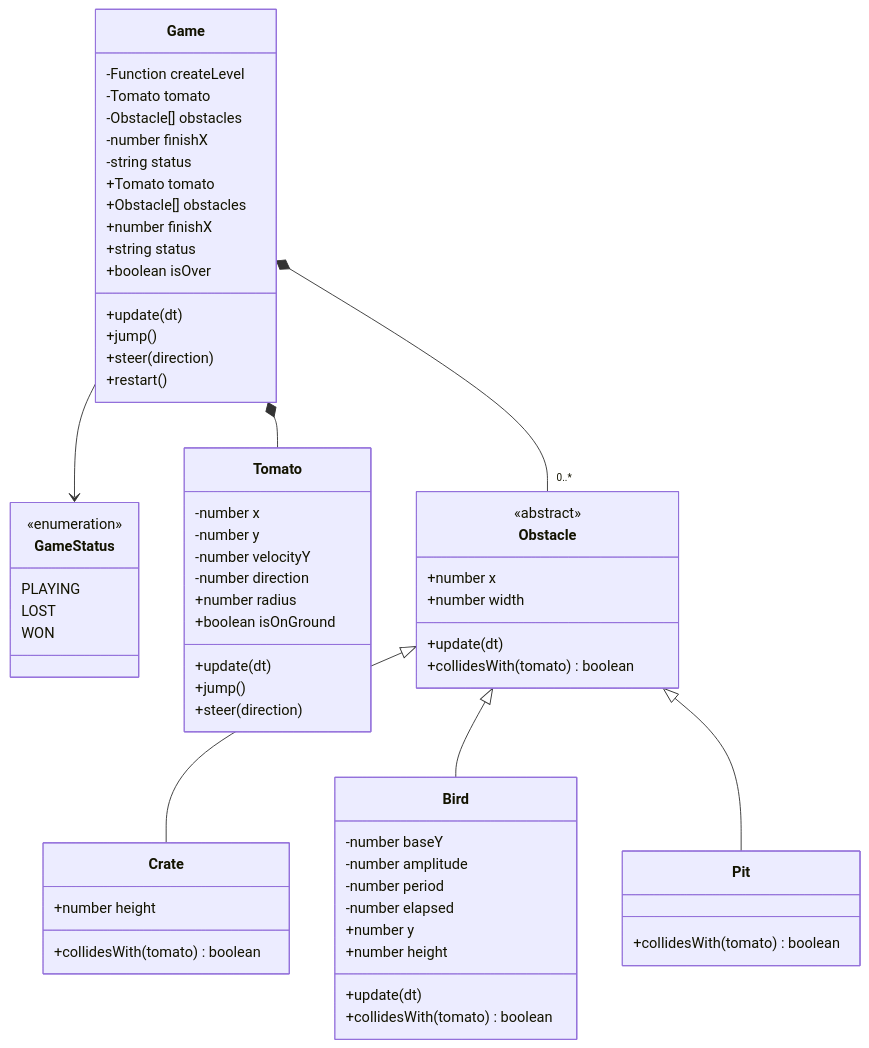
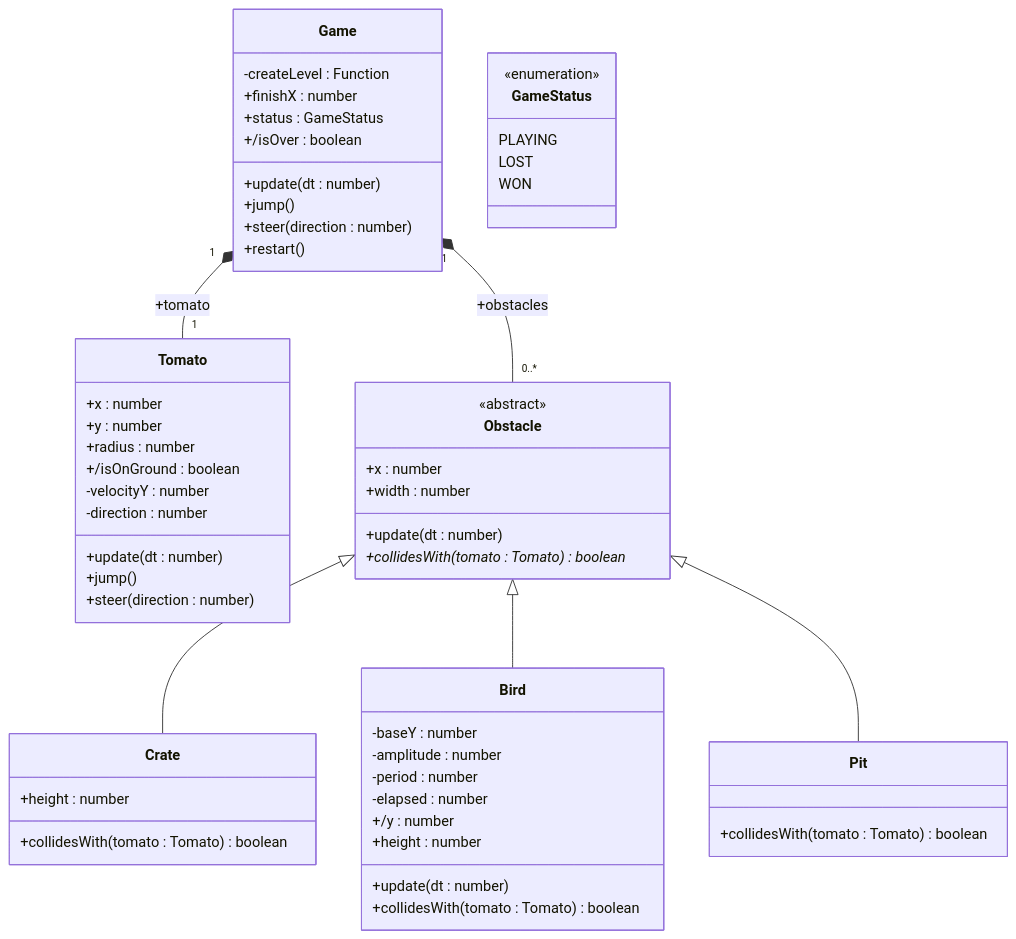
Before and after one commit to 1dv610/ripe-tomato: the second of 9 diagrams in MVC_DESIGN.md, drawn with Mermaid. The commit also changed other lines of this file, not shown here.

First line of the commit message:
Draw the class diagrams in standard UML notation

````diff
--- a/MVC_DESIGN.md
+++ b/MVC_DESIGN.md
@@ -166,75 +174,68 @@
 ```mermaid
 classDiagram
     direction TB
 
     class Game {
-        -Function createLevel
-        -Tomato tomato
-        -Obstacle[] obstacles
-        -number finishX
-        -string status
-        +Tomato tomato
-        +Obstacle[] obstacles
-        +number finishX
-        +string status
-        +boolean isOver
-        +update(dt)
+        -createLevel : Function
+        +finishX : number
+        +status : GameStatus
+        +/isOver : boolean
+        +update(dt : number)
         +jump()
-        +steer(direction)
+        +steer(direction : number)
         +restart()
     }
 
     class GameStatus {
         <<enumeration>>
         PLAYING
         LOST
         WON
     }
 
     class Tomato {
-        -number x
-        -number y
-        -number velocityY
-        -number direction
-        +number radius
-        +boolean isOnGround
-        +update(dt)
+        +x : number
+        +y : number
+        +radius : number
+        +/isOnGround : boolean
+        -velocityY : number
+        -direction : number
+        +update(dt : number)
         +jump()
-        +steer(direction)
+        +steer(direction : number)
     }
 
     class Obstacle {
         <<abstract>>
-        +number x
-        +number width
-        +update(dt)
-        +collidesWith(tomato) boolean
+        +x : number
+        +width : number
+        +update(dt : number)
+        +collidesWith(tomato : Tomato) boolean*
     }
 
     class Crate {
-        +number height
-        +collidesWith(tomato) boolean
+        +height : number
+        +collidesWith(tomato : Tomato) boolean
     }
 
     class Bird {
-        -number baseY
-        -number amplitude
-        -number period
-        -number elapsed
-        +number y
-        +number height
-        +update(dt)
-        +collidesWith(tomato) boolean
+        -baseY : number
+        -amplitude : number
+        -period : number
+        -elapsed : number
+        +/y : number
+        +height : number
+        +update(dt : number)
+        +collidesWith(tomato : Tomato) boolean
     }
 
     class Pit {
-        +collidesWith(tomato) boolean
+        +collidesWith(tomato : Tomato) boolean
     }
 
-    Game --> GameStatus
-    Game *-- Tomato
-    Game *-- "0..*" Obstacle
+    Game "1" *-- "1" Tomato : +tomato
+    Game "1" *-- "0..*" Obstacle : +obstacles
     Obstacle <|-- Crate
     Obstacle <|-- Bird
     Obstacle <|-- Pit
 ```
````
